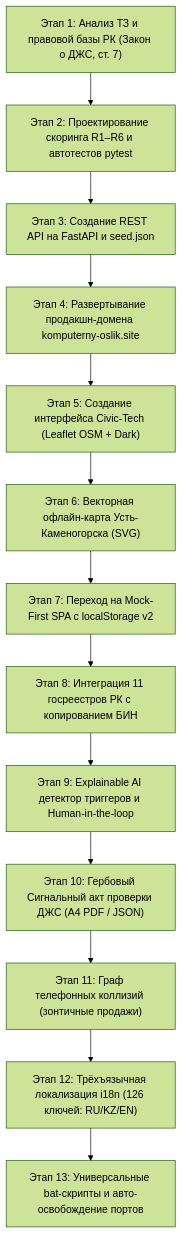
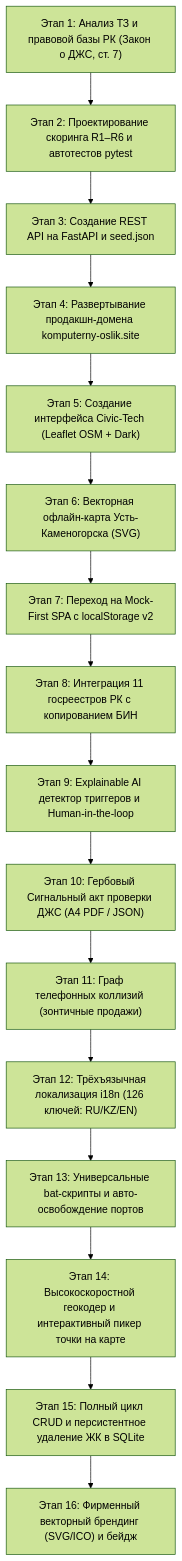
Before and after one commit to Raul894123/ClearBuild: the first of 2 diagrams in CLEARBUILD_MASTER_GUIDE.md, drawn with Mermaid (forest theme). The commit also changed other lines of this file and 3 other files, not shown here.

````diff
--- a/CLEARBUILD_MASTER_GUIDE.md
+++ b/CLEARBUILD_MASTER_GUIDE.md
@@ -59,15 +59,18 @@
 ```mermaid
 flowchart TD
     Step1["Этап 1: Анализ ТЗ и правовой базы РК (Закон о ДЖС, ст. 7)"] --> Step2["Этап 2: Проектирование скоринга R1–R6 и автотестов pytest"]
     Step2 --> Step3["Этап 3: Создание REST API на FastAPI и seed.json"]
     Step3 --> Step4["Этап 4: Развертывание продакшн-домена komputerny-oslik.site"]
     Step4 --> Step5["Этап 5: Создание интерфейса Civic-Tech (Leaflet OSM + Dark)"]
     Step5 --> Step6["Этап 6: Векторная офлайн-карта Усть-Каменогорска (SVG)"]
     Step6 --> Step7["Этап 7: Переход на Mock-First SPA с localStorage v2"]
     Step7 --> Step8["Этап 8: Интеграция 11 госреестров РК с копированием БИН"]
     Step8 --> Step9["Этап 9: Explainable AI детектор триггеров и Human-in-the-loop"]
     Step9 --> Step10["Этап 10: Гербовый Сигнальный акт проверки ДЖС (А4 PDF / JSON)"]
     Step10 --> Step11["Этап 11: Граф телефонных коллизий (зонтичные продажи)"]
     Step11 --> Step12["Этап 12: Трёхъязычная локализация i18n (126 ключей: RU/KZ/EN)"]
     Step12 --> Step13["Этап 13: Универсальные bat-скрипты и авто-освобождение портов"]
+    Step13 --> Step14["Этап 14: Высокоскоростной геокодер и интерактивный пикер точки на карте"]
+    Step14 --> Step15["Этап 15: Полный цикл CRUD и персистентное удаление ЖК в SQLite"]
+    Step15 --> Step16["Этап 16: Фирменный векторный брендинг (SVG/ICO) и бейдж"]
 ```
````
